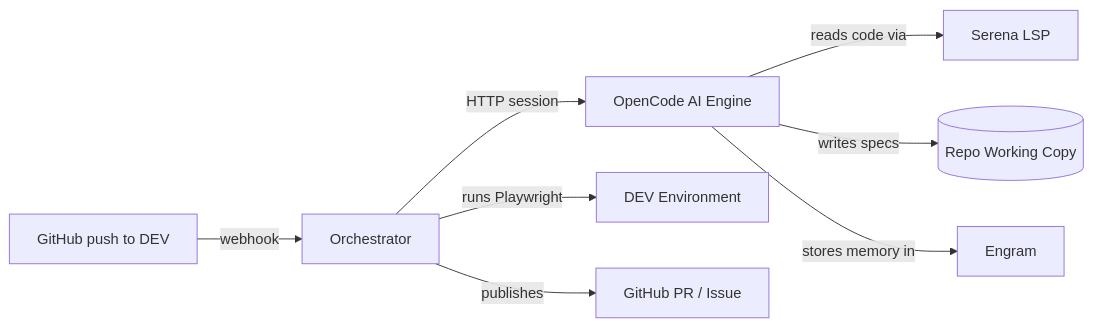
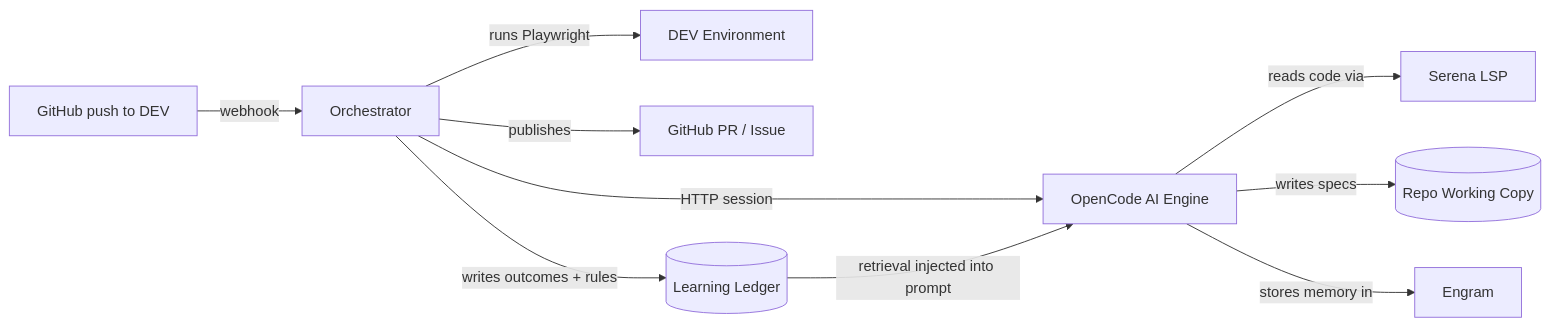
Before and after one commit to ArielFalcon/panchito: the diagram in README.md, drawn with Mermaid. The commit also changed other lines of this file and 24 other files, not shown here.

````diff
--- a/README.md
+++ b/README.md
@@ -65,10 +67,12 @@
 ```mermaid
 flowchart LR
     GH["GitHub push to DEV"] -->|webhook| O[Orchestrator]
     O -->|HTTP session| OC[OpenCode AI Engine]
     OC -->|reads code via| SE[Serena LSP]
     OC -->|writes specs| WC[(Repo Working Copy)]
     OC -->|stores memory in| EN[Engram]
     O -->|runs Playwright| DEV[DEV Environment]
     O -->|publishes| PR[GitHub PR / Issue]
+    O -->|writes outcomes + rules| LD[(Learning Ledger)]
+    LD -->|retrieval injected into prompt| OC
 ```
````
